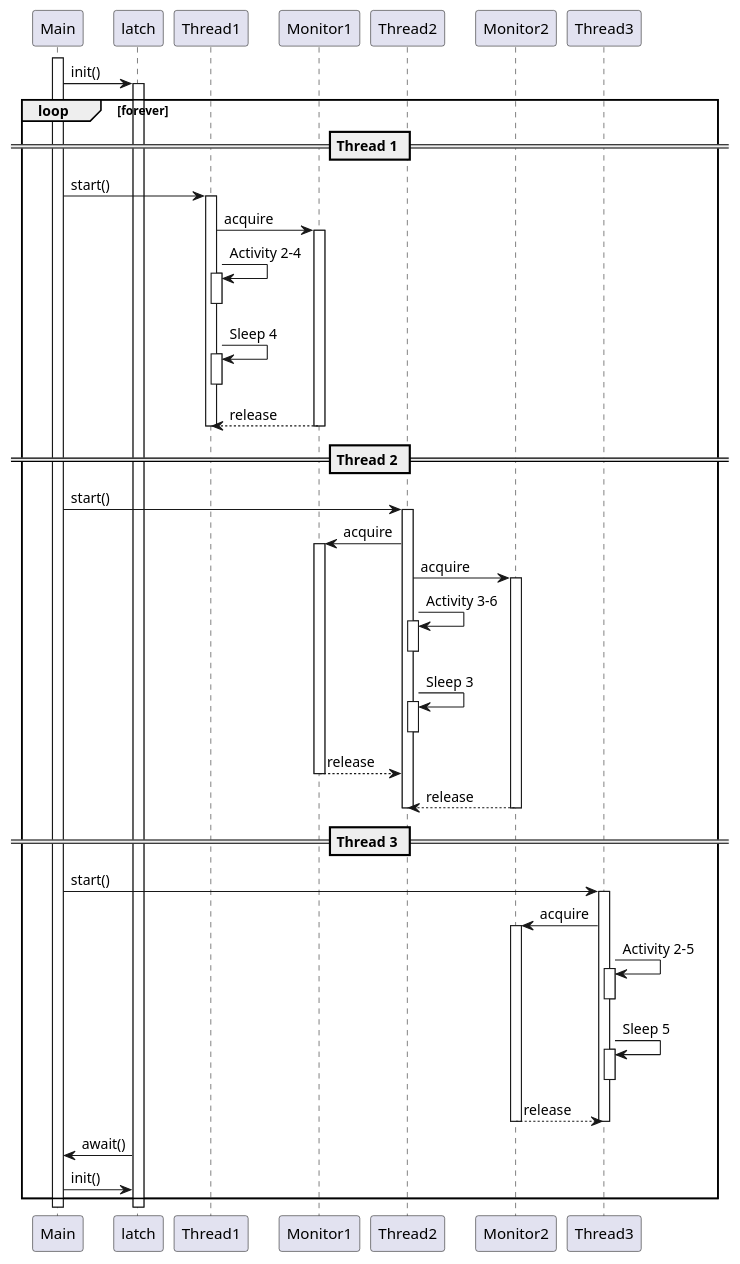
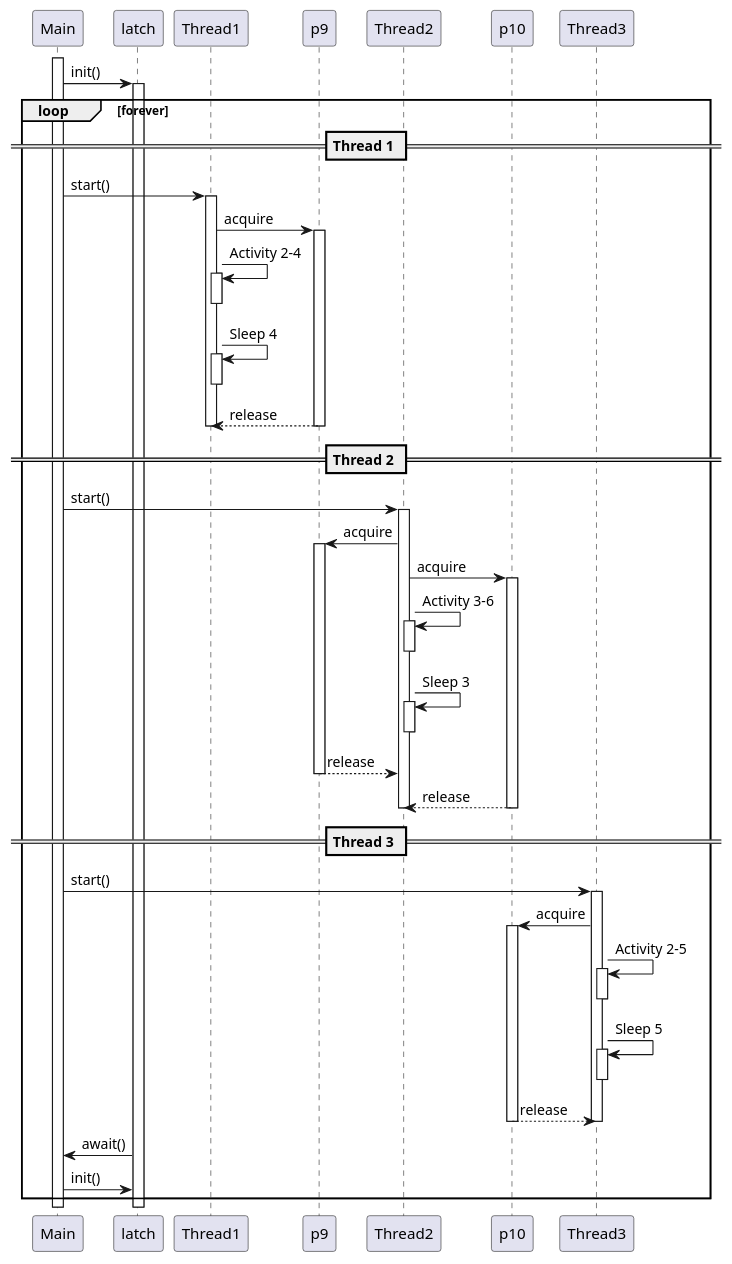
The diagram in RTS/src/LabSession5/Lab7/App2/Diagrams/SequenceDIagram.puml (ileacosmin/IleaCosmin_30333_RTSLAB), drawn with PlantUML before and after one commit. The commit also changed 1 other file, not shown here.

Commit message:
fixed a diagram labSesion5 app2

```diff
--- a/RTS/src/LabSession5/Lab7/App2/Diagrams/SequenceDIagram.puml
+++ b/RTS/src/LabSession5/Lab7/App2/Diagrams/SequenceDIagram.puml
@@ -1,61 +1,61 @@
 @startuml
 
 activate Main
 Main -> latch : init()
 activate latch
 loop forever
 
     == Thread 1 ==
     Main -> Thread1 : start()
     activate Thread1
-    Thread1 -> Monitor1: acquire
-    activate Monitor1
+    Thread1 -> p9: acquire
+    activate p9
     Thread1 -> Thread1: Activity 2-4
     activate Thread1
     deactivate Thread1
     Thread1 -> Thread1: Sleep 4
     activate Thread1
     deactivate Thread1
-    Thread1 <-- Monitor1: release
-    deactivate Monitor1
+    Thread1 <-- p9: release
+    deactivate p9
     deactivate Thread1
 
     == Thread 2 ==
     Main -> Thread2 : start()
     activate Thread2
-    Thread2 -> Monitor1: acquire
-    activate Monitor1
-    Thread2 -> Monitor2: acquire
-    activate Monitor2
+    Thread2 -> p9: acquire
+    activate p9
+    Thread2 -> p10: acquire
+    activate p10
     Thread2 -> Thread2: Activity 3-6
     activate Thread2
     deactivate Thread2
     Thread2 -> Thread2: Sleep 3
     activate Thread2
     deactivate Thread2
-    Thread2 <-- Monitor1: release
-    deactivate Monitor1
-    Thread2 <-- Monitor2: release
-    deactivate Monitor2
+    Thread2 <-- p9: release
+    deactivate p9
+    Thread2 <-- p10: release
+    deactivate p10
     deactivate Thread2
 
     == Thread 3 ==
     Main -> Thread3 : start()
     activate Thread3
-    Thread3 -> Monitor2: acquire
-    activate Monitor2
+    Thread3 -> p10: acquire
+    activate p10
     Thread3 -> Thread3: Activity 2-5
     activate Thread3
     deactivate Thread3
     Thread3 -> Thread3: Sleep 5
     activate Thread3
     deactivate Thread3
-    Thread3 <-- Monitor2: release
-    deactivate Monitor2
+    Thread3 <-- p10: release
+    deactivate p10
     deactivate Thread3
 
     latch -> Main : await()
     Main -> latch : init()
 end loop
 
 @enduml
```
